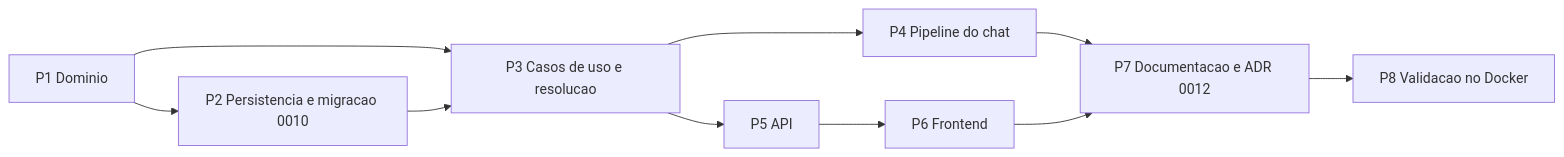
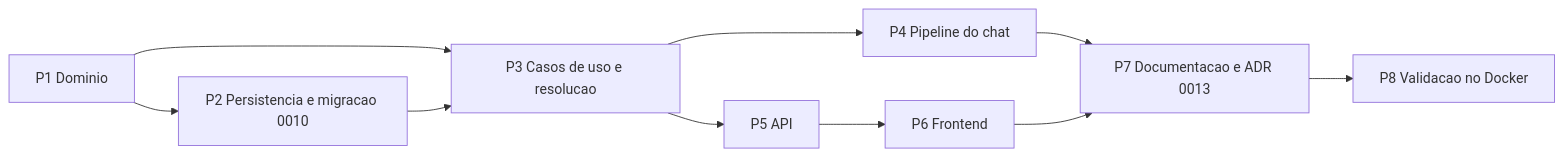
The diagram in docs/especificacao/specs/SPEC-013-plano-de-implementacao.md (cleitonsm/nexus), drawn with Mermaid before and after one commit. The commit also changed other lines of this file and 38 other files, not shown here.

````diff
--- a/docs/especificacao/specs/SPEC-013-plano-de-implementacao.md
+++ b/docs/especificacao/specs/SPEC-013-plano-de-implementacao.md
@@ -43,12 +44,12 @@
 ```mermaid
 flowchart LR
     P1[P1 Dominio] --> P2[P2 Persistencia e migracao 0010]
     P1 --> P3[P3 Casos de uso e resolucao]
     P2 --> P3
     P3 --> P4[P4 Pipeline do chat]
     P3 --> P5[P5 API]
     P5 --> P6[P6 Frontend]
-    P4 --> P7[P7 Documentacao e ADR 0012]
+    P4 --> P7[P7 Documentacao e ADR 0013]
     P6 --> P7
     P7 --> P8[P8 Validacao no Docker]
 ```
````
